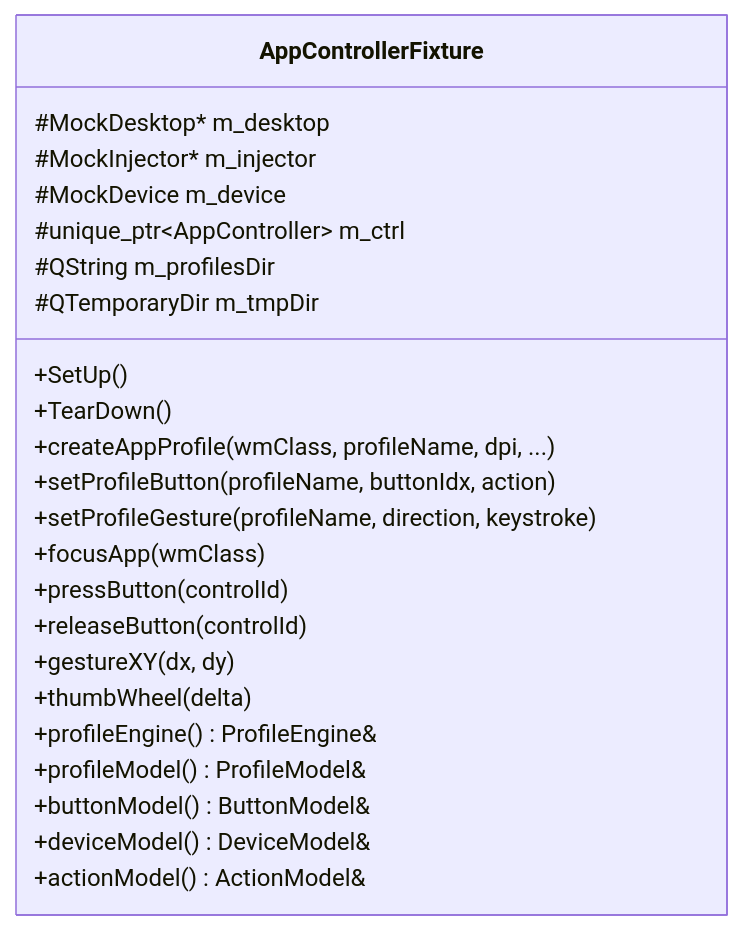
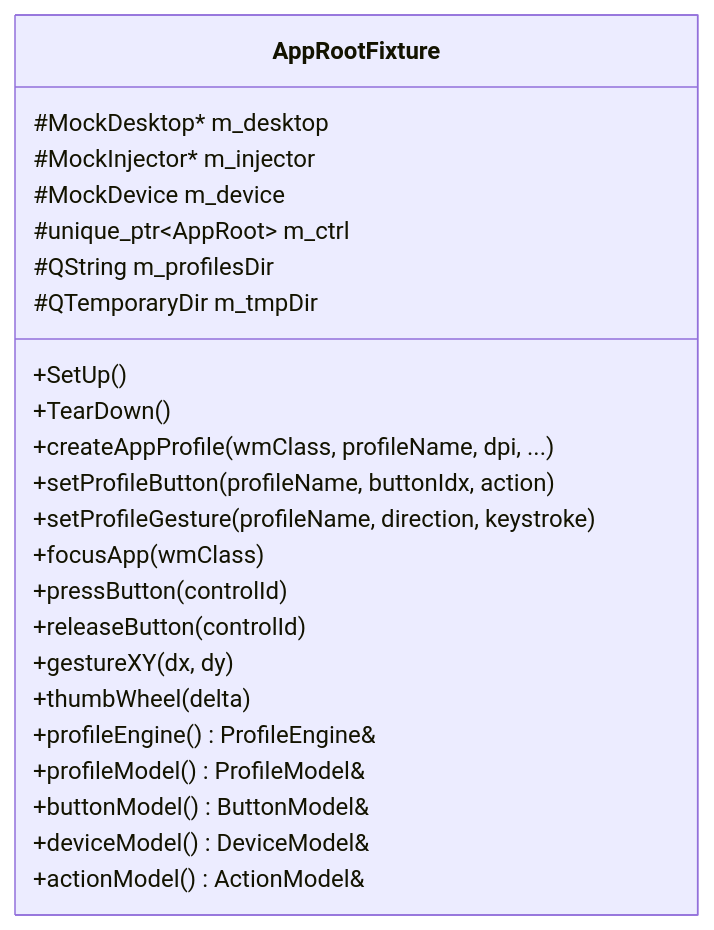
The second of 3 diagrams in docs/wiki/Testing.md (mmaher88/logitune), drawn with Mermaid before and after one commit. The commit also changed other lines of this file and 58 other files, not shown here.

First line of the commit message:
Refactor: extract behavior from AppController, rename to AppRoot, polish class naming, rewrite architecture wiki (closes #107) (#108)

````diff
--- a/docs/wiki/Testing.md
+++ b/docs/wiki/Testing.md
@@ -105,27 +105,27 @@
 ```mermaid
 classDiagram
-    class AppControllerFixture {
+    class AppRootFixture {
         #MockDesktop* m_desktop
         #MockInjector* m_injector
         #MockDevice m_device
-        #unique_ptr~AppController~ m_ctrl
+        #unique_ptr~AppRoot~ m_ctrl
         #QString m_profilesDir
         #QTemporaryDir m_tmpDir
         
         +SetUp()
         +TearDown()
         +createAppProfile(wmClass, profileName, dpi, ...)
         +setProfileButton(profileName, buttonIdx, action)
         +setProfileGesture(profileName, direction, keystroke)
         +focusApp(wmClass)
         +pressButton(controlId)
         +releaseButton(controlId)
         +gestureXY(dx, dy)
         +thumbWheel(delta)
         +profileEngine() ProfileEngine&
         +profileModel() ProfileModel&
         +buttonModel() ButtonModel&
         +deviceModel() DeviceModel&
         +actionModel() ActionModel&
     }
 ```
````
